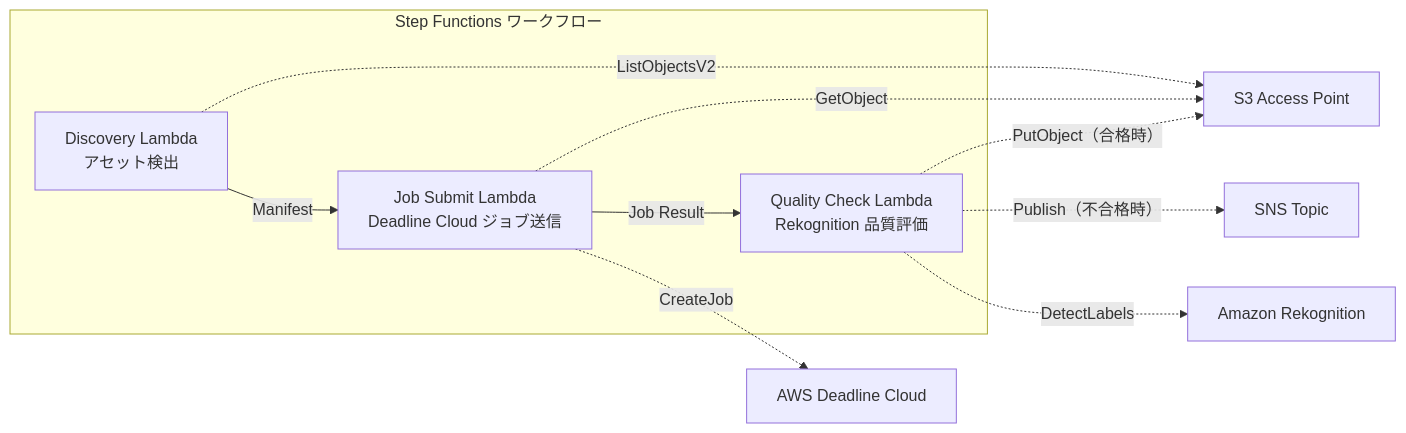
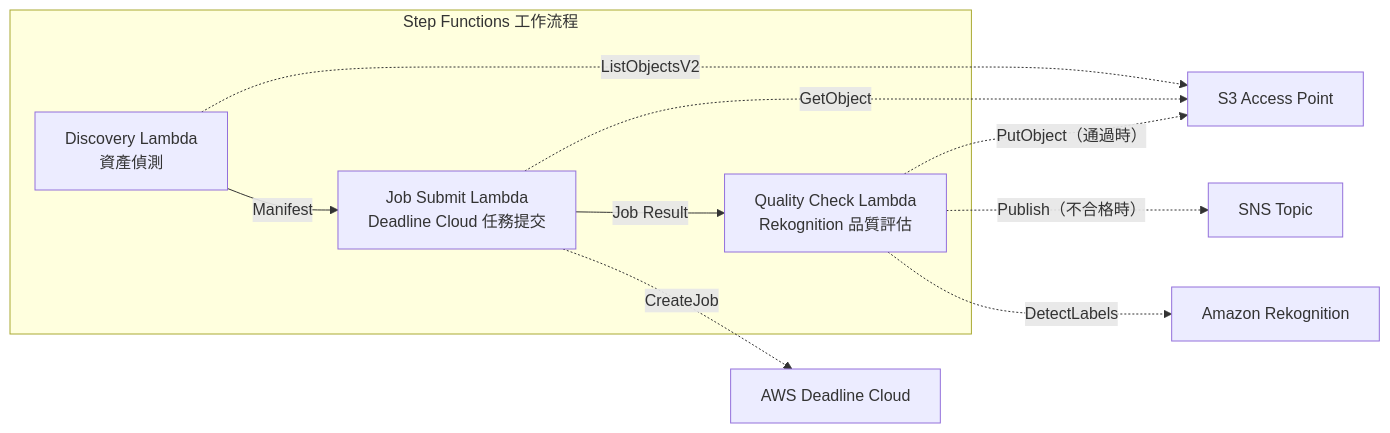
One commit to Yoshiki0705/FSx-for-ONTAP-S3AccessPoints-Serverless-Patterns changed the diagram in solutions/industry/media-vfx/README.zh-TW.md. Above: the diagram before and after it, drawn with Mermaid. The commit also changed other lines of this file and 20 other files, not shown here.

````diff
--- a/solutions/industry/media-vfx/README.zh-TW.md
+++ b/solutions/industry/media-vfx/README.zh-TW.md
@@ -24,18 +52,18 @@
 ```mermaid
 graph LR
-    subgraph "Step Functions ワークフロー"
-        D[Discovery Lambda<br/>アセット検出]
-        JS[Job Submit Lambda<br/>Deadline Cloud ジョブ送信]
-        QC[Quality Check Lambda<br/>Rekognition 品質評価]
+    subgraph "Step Functions 工作流程"
+        D[Discovery Lambda<br/>資產偵測]
+        JS[Job Submit Lambda<br/>Deadline Cloud 任務提交]
+        QC[Quality Check Lambda<br/>Rekognition 品質評估]
     end
 
     D -->|Manifest| JS
     JS -->|Job Result| QC
 
     D -.->|ListObjectsV2| S3AP[S3 Access Point]
     JS -.->|GetObject| S3AP
     JS -.->|CreateJob| DC[AWS Deadline Cloud]
     QC -.->|DetectLabels| Rekognition[Amazon Rekognition]
-    QC -.->|PutObject（合格時）| S3AP
+    QC -.->|PutObject（通過時）| S3AP
     QC -.->|Publish（不合格時）| SNS[SNS Topic]
 ```
````
